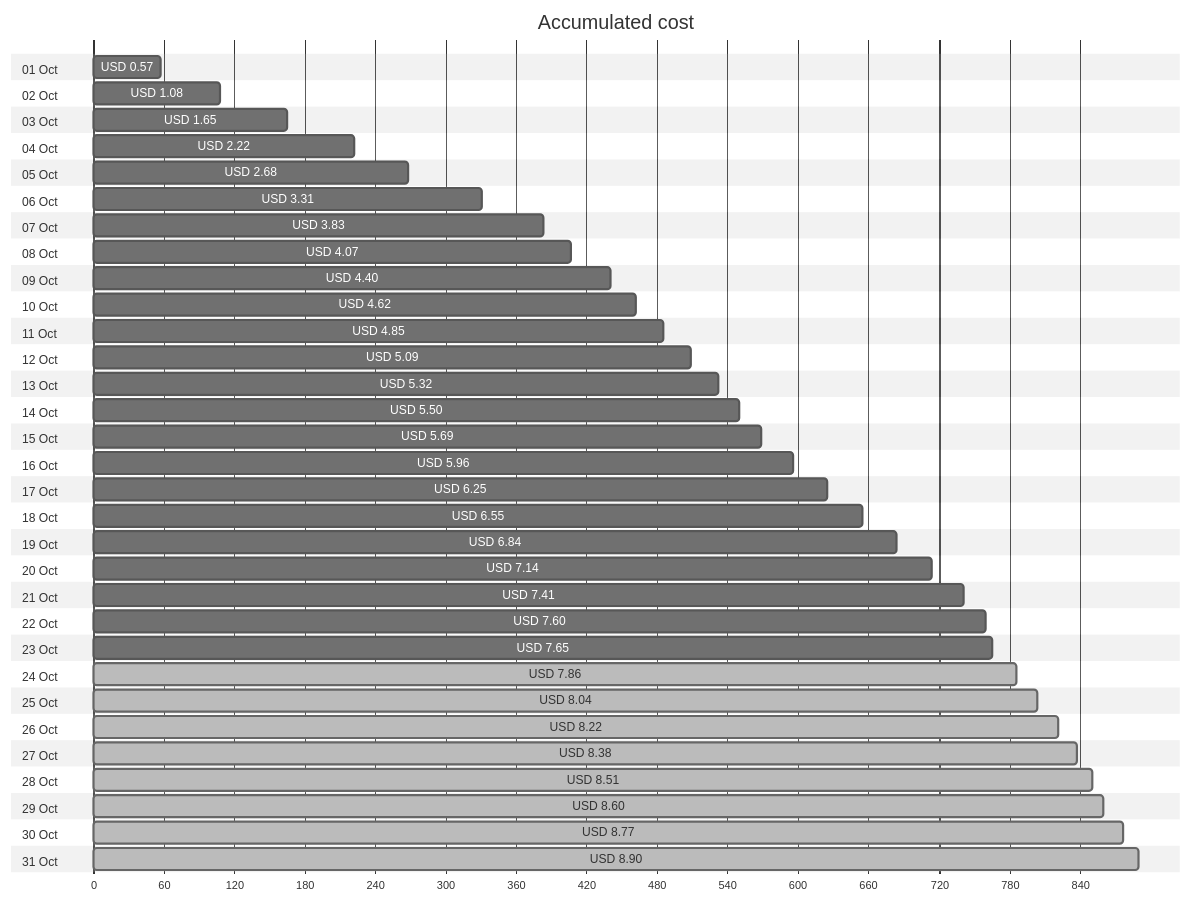
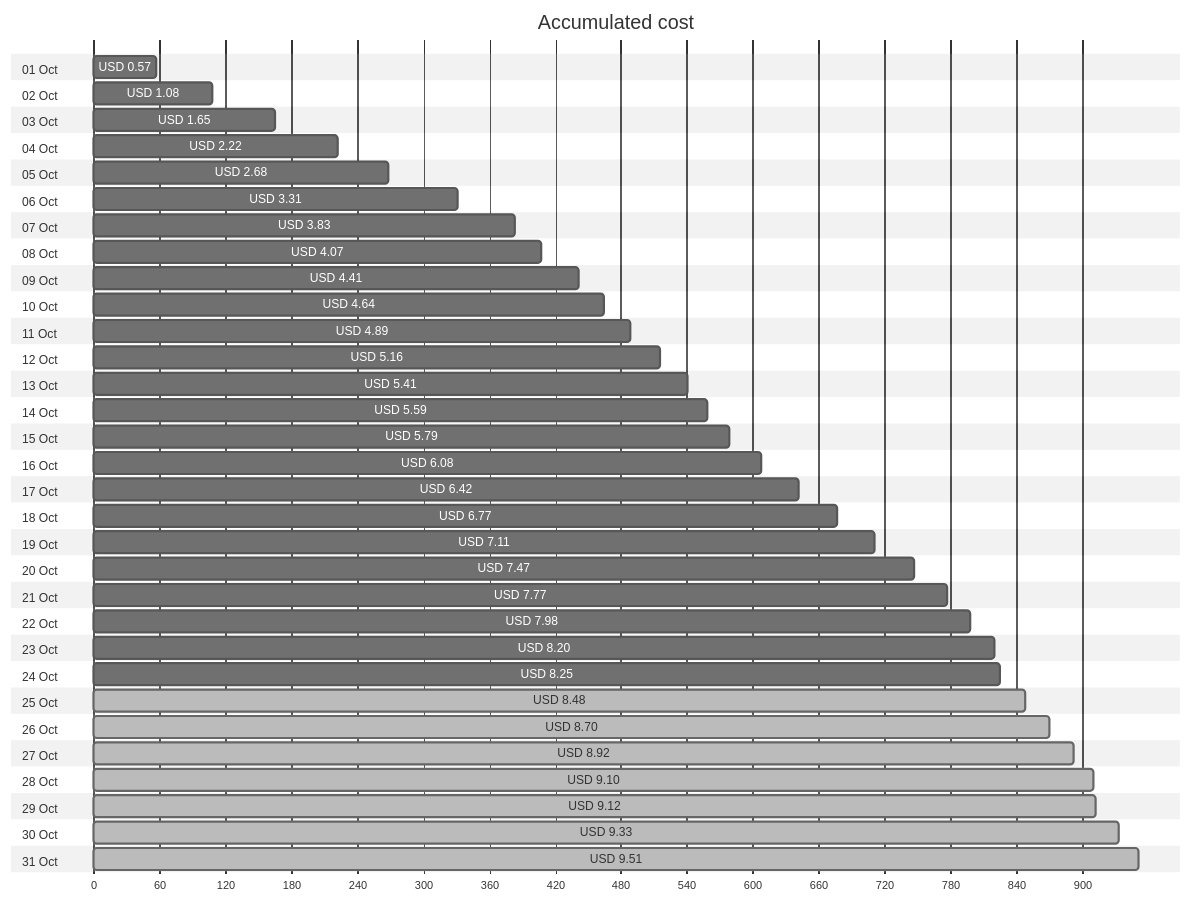
The first of 4 diagrams in cost-reports/personal-network/vpn-server.md (jpfulton/azure-personal-reports), drawn with Mermaid (neutral theme) before and after one commit. The commit also changed other lines of this file and 8 other files, not shown here.

````diff
--- a/cost-reports/personal-network/vpn-server.md
+++ b/cost-reports/personal-network/vpn-server.md
@@ -20,68 +20,68 @@
 ```mermaid
 gantt
    title Accumulated cost
    dateFormat  X
    axisFormat %s
    section 01 Oct
    USD 0.57 :0, 57
    section 02 Oct
    USD 1.08 :0, 108
    section 03 Oct
    USD 1.65 :0, 165
    section 04 Oct
    USD 2.22 :0, 222
    section 05 Oct
    USD 2.68 :0, 268
    section 06 Oct
    USD 3.31 :0, 331
    section 07 Oct
    USD 3.83 :0, 383
    section 08 Oct
    USD 4.07 :0, 407
    section 09 Oct
-   USD 4.40 :0, 440
+   USD 4.41 :0, 441
    section 10 Oct
-   USD 4.62 :0, 462
+   USD 4.64 :0, 464
    section 11 Oct
-   USD 4.85 :0, 485
+   USD 4.89 :0, 489
    section 12 Oct
-   USD 5.09 :0, 509
+   USD 5.16 :0, 516
    section 13 Oct
-   USD 5.32 :0, 532
+   USD 5.41 :0, 541
    section 14 Oct
-   USD 5.50 :0, 550
+   USD 5.59 :0, 559
    section 15 Oct
-   USD 5.69 :0, 569
+   USD 5.79 :0, 579
    section 16 Oct
-   USD 5.96 :0, 596
+   USD 6.08 :0, 608
    section 17 Oct
-   USD 6.25 :0, 625
+   USD 6.42 :0, 642
    section 18 Oct
-   USD 6.55 :0, 655
+   USD 6.77 :0, 677
    section 19 Oct
-   USD 6.84 :0, 684
+   USD 7.11 :0, 711
    section 20 Oct
-   USD 7.14 :0, 714
+   USD 7.47 :0, 747
    section 21 Oct
-   USD 7.41 :0, 741
+   USD 7.77 :0, 777
    section 22 Oct
-   USD 7.60 :0, 760
+   USD 7.98 :0, 798
    section 23 Oct
-   USD 7.65 :0, 765
+   USD 8.20 :0, 820
    section 24 Oct
-   USD 7.86 : done, 0, 786
+   USD 8.25 :0, 825
    section 25 Oct
-   USD 8.04 : done, 0, 804
+   USD 8.48 : done, 0, 848
    section 26 Oct
-   USD 8.22 : done, 0, 822
+   USD 8.70 : done, 0, 870
    section 27 Oct
-   USD 8.38 : done, 0, 838
+   USD 8.92 : done, 0, 892
    section 28 Oct
-   USD 8.51 : done, 0, 851
+   USD 9.10 : done, 0, 910
    section 29 Oct
-   USD 8.60 : done, 0, 860
+   USD 9.12 : done, 0, 912
    section 30 Oct
-   USD 8.77 : done, 0, 877
+   USD 9.33 : done, 0, 933
    section 31 Oct
-   USD 8.90 : done, 0, 890
+   USD 9.51 : done, 0, 951
 ```
````
